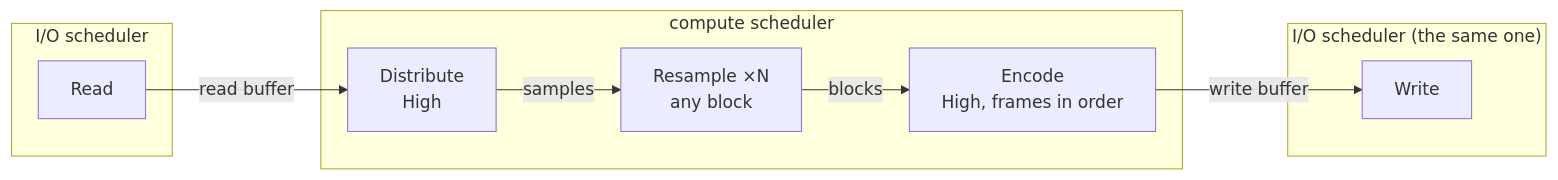
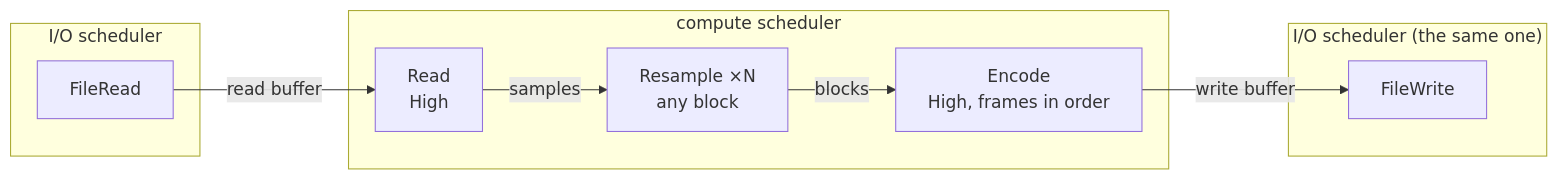
The second of 4 diagrams in ctOpus/docs/task-graph.md (ThinkMeta-com/ThinkMeta.ConcurrentTasks.Samples), drawn with Mermaid before and after one commit. The commit also changed other lines of this file and 700 other files, not shown here.

````diff
--- a/ctOpus/docs/task-graph.md
+++ b/ctOpus/docs/task-graph.md
@@ -81,18 +99,18 @@
 ```mermaid
 flowchart LR
     subgraph io ["I/O scheduler"]
-        FR["Read"]
+        FR["FileRead"]
     end
     subgraph cpu ["compute scheduler"]
-        R["Distribute<br/>High"]
+        R["Read<br/>High"]
         W["Resample ×N<br/>any block"]
         E["Encode<br/>High, frames in order"]
     end
     subgraph io2 ["I/O scheduler (the same one)"]
-        FW["Write"]
+        FW["FileWrite"]
     end
     FR -- "read buffer" --> R
     R -- "samples" --> W
     W -- "blocks" --> E
     E -- "write buffer" --> FW
 ```
````
